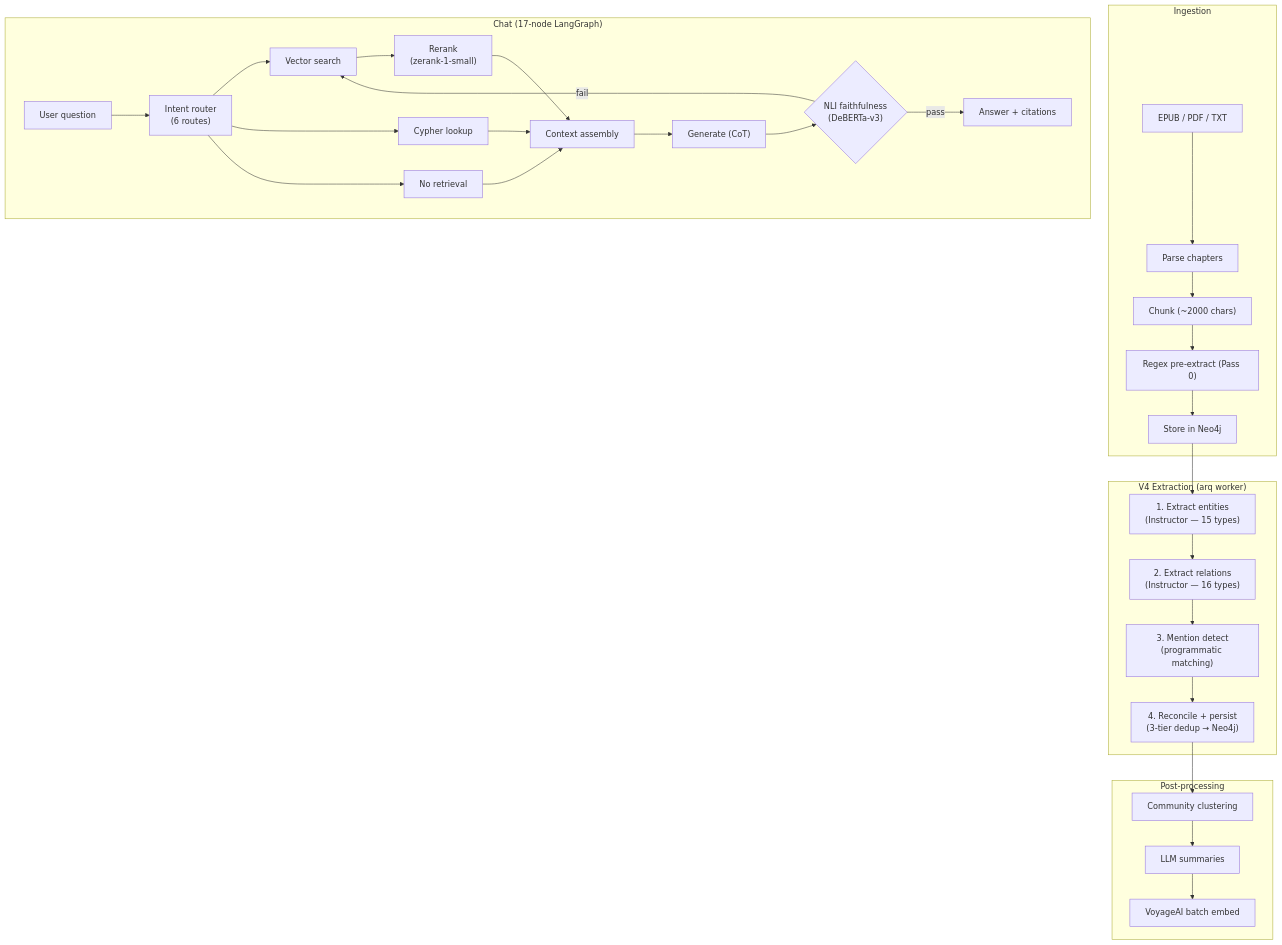
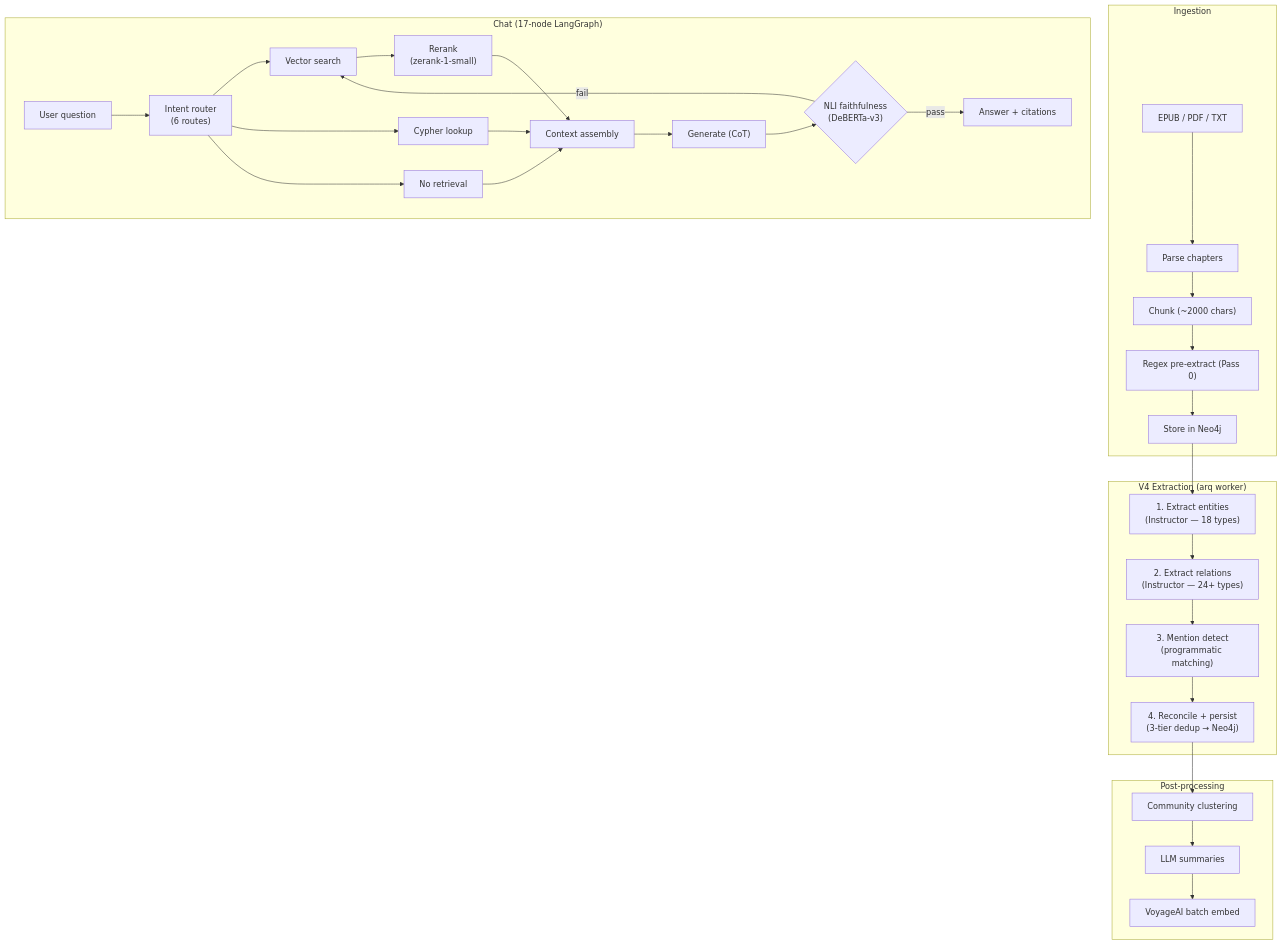
Before and after one commit to xairon/WorldRAG: the diagram in README.md, drawn with Mermaid. The commit also changed other lines of this file and 9 other files, not shown here.

````diff
--- a/README.md
+++ b/README.md
@@ -22,37 +22,37 @@
 ```mermaid
 flowchart TB
     subgraph Ingestion
         EPUB["EPUB / PDF / TXT"] --> PARSE["Parse chapters"]
         PARSE --> CHUNK["Chunk (~2000 chars)"]
         CHUNK --> REGEX["Regex pre-extract (Pass 0)"]
         REGEX --> NEO4J_STORE["Store in Neo4j"]
     end
 
     subgraph Extraction["V4 Extraction (arq worker)"]
-        NEO4J_STORE --> ENTITIES["1. Extract entities<br/>(Instructor — 15 types)"]
-        ENTITIES --> RELATIONS["2. Extract relations<br/>(Instructor — 16 types)"]
+        NEO4J_STORE --> ENTITIES["1. Extract entities<br/>(Instructor — 18 types)"]
+        ENTITIES --> RELATIONS["2. Extract relations<br/>(Instructor — 24+ types)"]
         RELATIONS --> MENTIONS["3. Mention detect<br/>(programmatic matching)"]
         MENTIONS --> RECONCILE["4. Reconcile + persist<br/>(3-tier dedup → Neo4j)"]
     end
 
     subgraph PostProcess["Post-processing"]
         RECONCILE --> CLUSTER["Community clustering"]
         CLUSTER --> SUMMARIES["LLM summaries"]
         SUMMARIES --> EMBED["VoyageAI batch embed"]
     end
 
     subgraph Chat["Chat (17-node LangGraph)"]
         QUERY["User question"] --> ROUTER["Intent router<br/>(6 routes)"]
         ROUTER --> VECTOR["Vector search"]
         ROUTER --> CYPHER["Cypher lookup"]
         ROUTER --> DIRECT["No retrieval"]
         VECTOR --> RERANK["Rerank<br/>(zerank-1-small)"]
         RERANK --> CTX["Context assembly"]
         CYPHER --> CTX
         DIRECT --> CTX
         CTX --> GEN["Generate (CoT)"]
         GEN --> FAITH{"NLI faithfulness<br/>(DeBERTa-v3)"}
         FAITH --> |"pass"| ANSWER["Answer + citations"]
         FAITH --> |"fail"| VECTOR
     end
 ```
````
